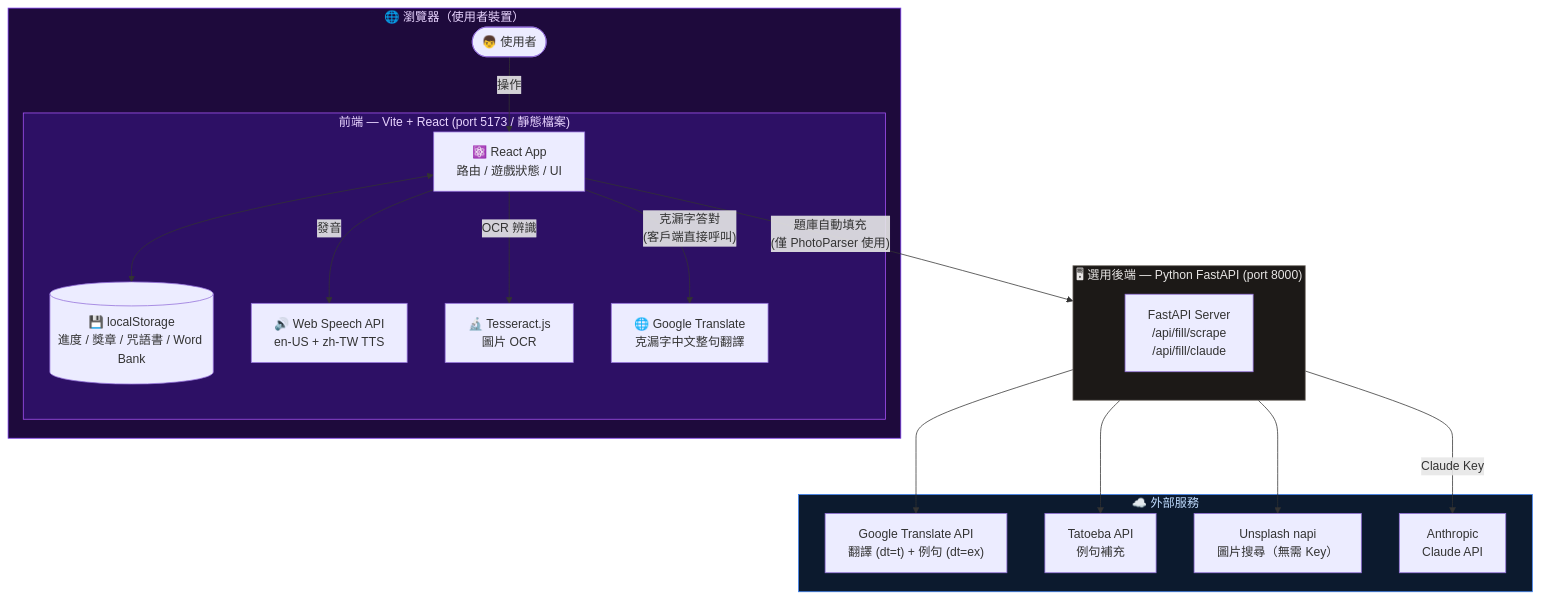
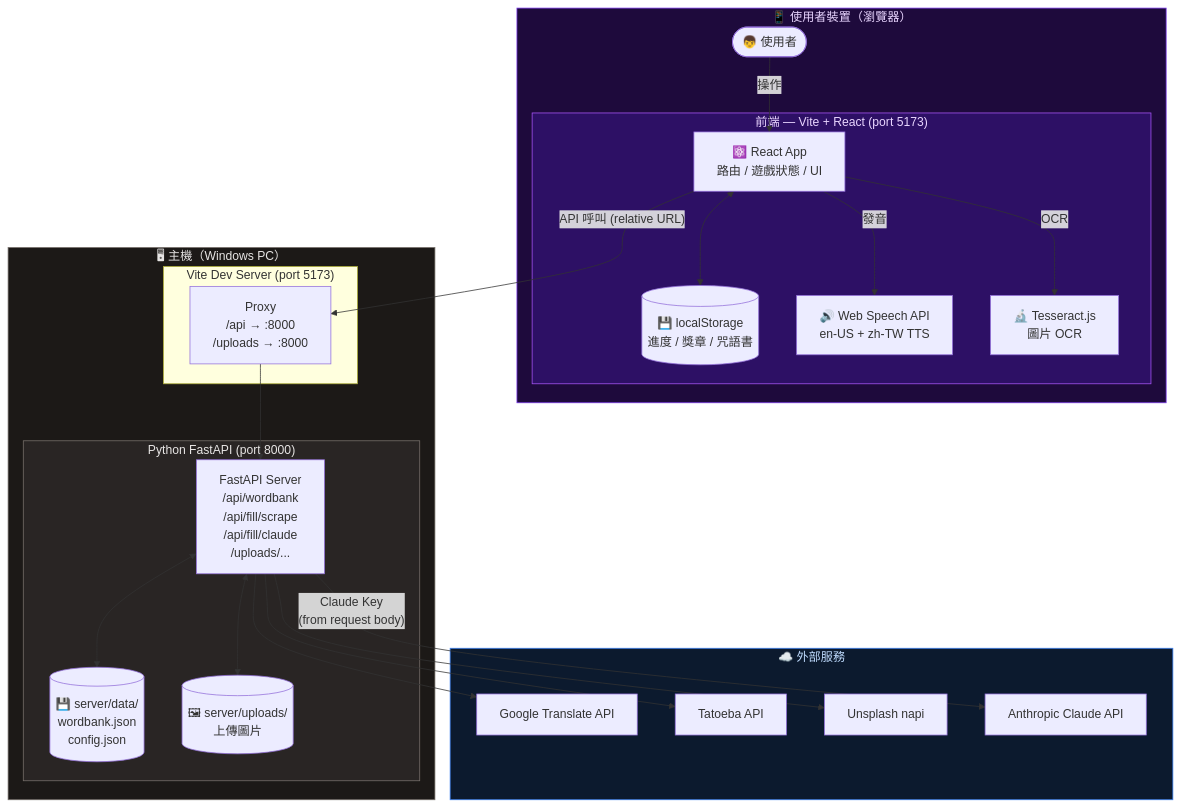
The third of 3 diagrams in README.md (fish0835-max/magic-vocab-academy), drawn with Mermaid before and after one commit. The commit also changed other lines of this file and 3 other files, not shown here.

````diff
--- a/README.md
+++ b/README.md
@@ -168,41 +181,49 @@
 ```mermaid
 flowchart TB
-    subgraph BROWSER["🌐 瀏覽器（使用者裝置）"]
+    subgraph DEVICE["📱 使用者裝置（瀏覽器）"]
         USER([👦 使用者])
-        subgraph FE["前端 — Vite + React  (port 5173 / 靜態檔案)"]
+        subgraph FE["前端 — Vite + React  (port 5173)"]
             REACT["⚛️ React App\n路由 / 遊戲狀態 / UI"]
-            LS[("💾 localStorage\n進度 / 獎章 / 咒語書 / Word Bank")]
+            LS[("💾 localStorage\n進度 / 獎章 / 咒語書")]
             TTS["🔊 Web Speech API\nen-US + zh-TW TTS"]
             OCR["🔬 Tesseract.js\n圖片 OCR"]
-            GTRANS["🌐 Google Translate\n克漏字中文整句翻譯"]
         end
     end
 
-    subgraph BE["🖥 選用後端 — Python FastAPI  (port 8000)"]
-        direction TB
-        API["FastAPI Server\n/api/fill/scrape\n/api/fill/claude"]
+    subgraph HOST["🖥 主機（Windows PC）"]
+        subgraph VITE["Vite Dev Server  (port 5173)"]
+            PROXY["Proxy\n/api  → :8000\n/uploads → :8000"]
+        end
+        subgraph BE["Python FastAPI  (port 8000)"]
+            API["FastAPI Server\n/api/wordbank\n/api/fill/scrape\n/api/fill/claude\n/uploads/..."]
+            DATA[("💾 server/data/\nwordbank.json\nconfig.json")]
+            IMGS[("🖼 server/uploads/\n上傳圖片")]
+        end
+        PROXY --> API
+        API <--> DATA
+        API <--> IMGS
     end
 
     subgraph EXT["☁️ 外部服務"]
-        GT["Google Translate API\n翻譯 (dt=t) + 例句 (dt=ex)"]
-        TATOEBA["Tatoeba API\n例句補充"]
-        UNSPLASH["Unsplash napi\n圖片搜尋（無需 Key）"]
-        CLAUDE["Anthropic\nClaude API"]
+        GT["Google Translate API"]
+        TATOEBA["Tatoeba API"]
+        UNSPLASH["Unsplash napi"]
+        CLAUDE["Anthropic Claude API"]
     end
 
     USER -- 操作 --> REACT
     REACT <--> LS
     REACT -- 發音 --> TTS
-    REACT -- OCR 辨識 --> OCR
-    REACT -- "克漏字答對\n(客戶端直接呼叫)" --> GTRANS
-    REACT -- "題庫自動填充\n(僅 PhotoParser 使用)" --> API
+    REACT -- OCR --> OCR
+    REACT -- "API 呼叫 (relative URL)" --> PROXY
     API --> GT
     API --> TATOEBA
     API --> UNSPLASH
-    API -- Claude Key --> CLAUDE
+    API -- "Claude Key\n(from request body)" --> CLAUDE
 
-    style BROWSER fill:#1e0a3c,stroke:#7c3aed,color:#e9d5ff
+    style DEVICE fill:#1e0a3c,stroke:#7c3aed,color:#e9d5ff
     style FE fill:#2d1065,stroke:#a855f7,color:#e9d5ff
-    style BE fill:#1c1917,stroke:#78716c,color:#e7e5e4
+    style HOST fill:#1c1917,stroke:#78716c,color:#e7e5e4
+    style BE fill:#292524,stroke:#78716c,color:#e7e5e4
     style EXT fill:#0c1a2e,stroke:#3b82f6,color:#bfdbfe
 ```
````
